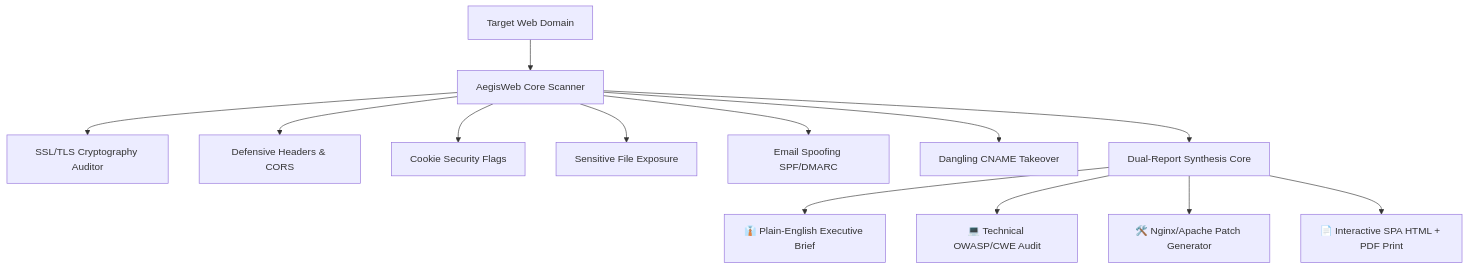
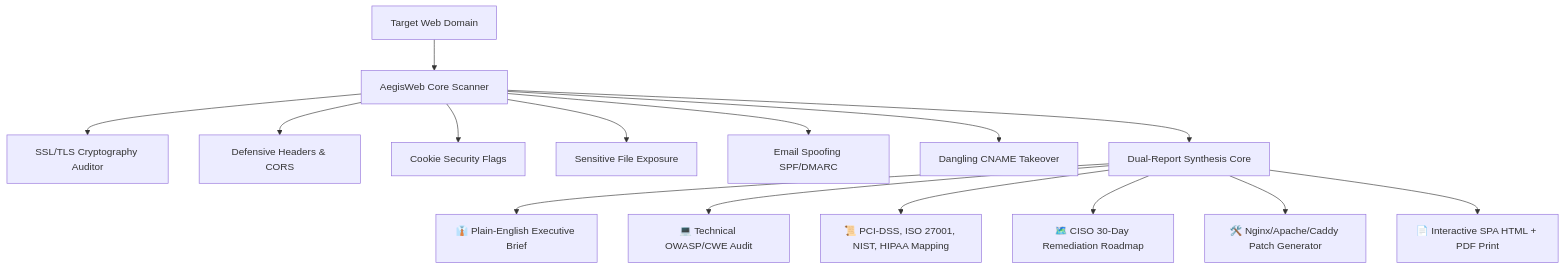
The diagram in README.md (Saura0S/AegisWeb), drawn with Mermaid before and after one commit. The commit also changed other lines of this file and 6 other files, not shown here.

Commit message:
🚀 feat: add interactive export wizard, PCI-DSS/ISO compliance mapping, Caddy patch generation, and CISO roadmap

````diff
--- a/README.md
+++ b/README.md
@@ -49,16 +53,18 @@
 ```mermaid
 flowchart TD
     Target[Target Web Domain] --> Scanner[AegisWeb Core Scanner]
     Scanner --> SSL[SSL/TLS Cryptography Auditor]
     Scanner --> Headers[Defensive Headers & CORS]
     Scanner --> Cookies[Cookie Security Flags]
     Scanner --> Exposure[Sensitive File Exposure]
     Scanner --> Email[Email Spoofing SPF/DMARC]
     Scanner --> Takeover[Dangling CNAME Takeover]
     
     Scanner --> Reports[Dual-Report Synthesis Core]
     Reports --> Exec[👔 Plain-English Executive Brief]
     Reports --> Tech[💻 Technical OWASP/CWE Audit]
-    Reports --> Patch[🛠️ Nginx/Apache Patch Generator]
+    Reports --> Comp[📜 PCI-DSS, ISO 27001, NIST, HIPAA Mapping]
+    Reports --> Road[🗺️ CISO 30-Day Remediation Roadmap]
+    Reports --> Patch[🛠️ Nginx/Apache/Caddy Patch Generator]
     Reports --> HTML[📄 Interactive SPA HTML + PDF Print]
 ```
````
